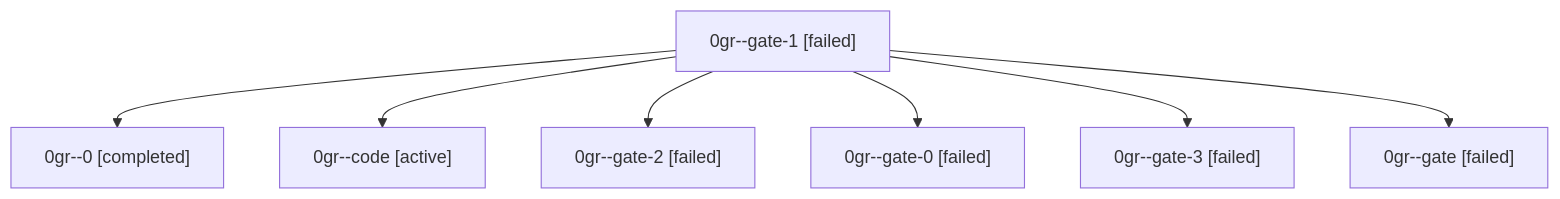
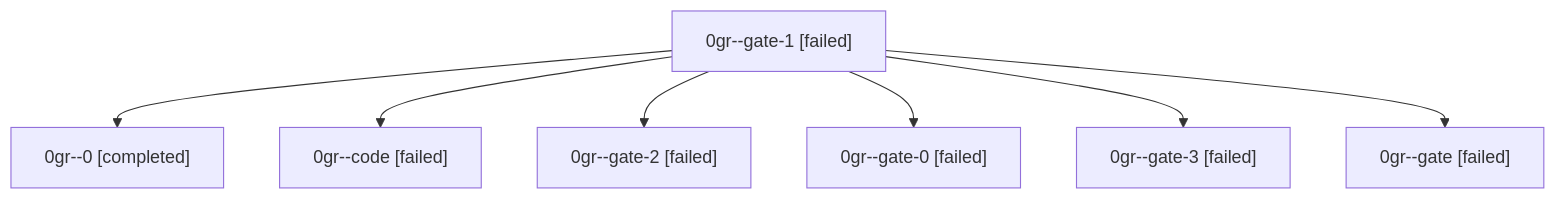
The diagram in families/bbugyi200.athena.0gr.md (sase-org/sase--agents), drawn with Mermaid before and after one commit. The commit also changed other lines of this file and 70 other files, not shown here.

````diff
--- a/families/bbugyi200.athena.0gr.md
+++ b/families/bbugyi200.athena.0gr.md
@@ -9,16 +9,16 @@
 ```mermaid
 flowchart TD
   n0["0gr--gate-1 [failed]"]
   n1["0gr--0 [completed]"]
   n0 --> n1
-  n2["0gr--code [active]"]
+  n2["0gr--code [failed]"]
   n0 --> n2
   n3["0gr--gate-2 [failed]"]
   n0 --> n3
   n4["0gr--gate-0 [failed]"]
   n0 --> n4
   n5["0gr--gate-3 [failed]"]
   n0 --> n5
   n6["0gr--gate [failed]"]
   n0 --> n6
 ```
````
